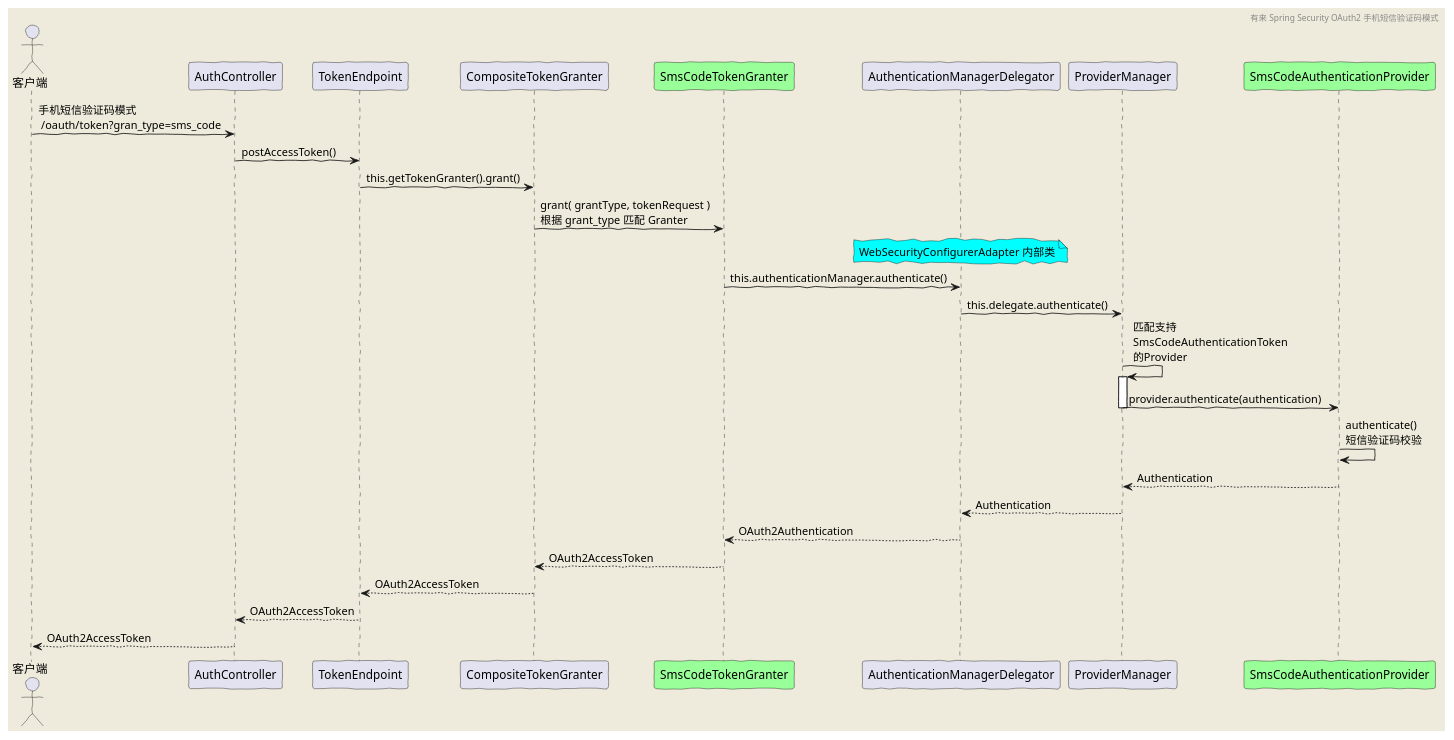
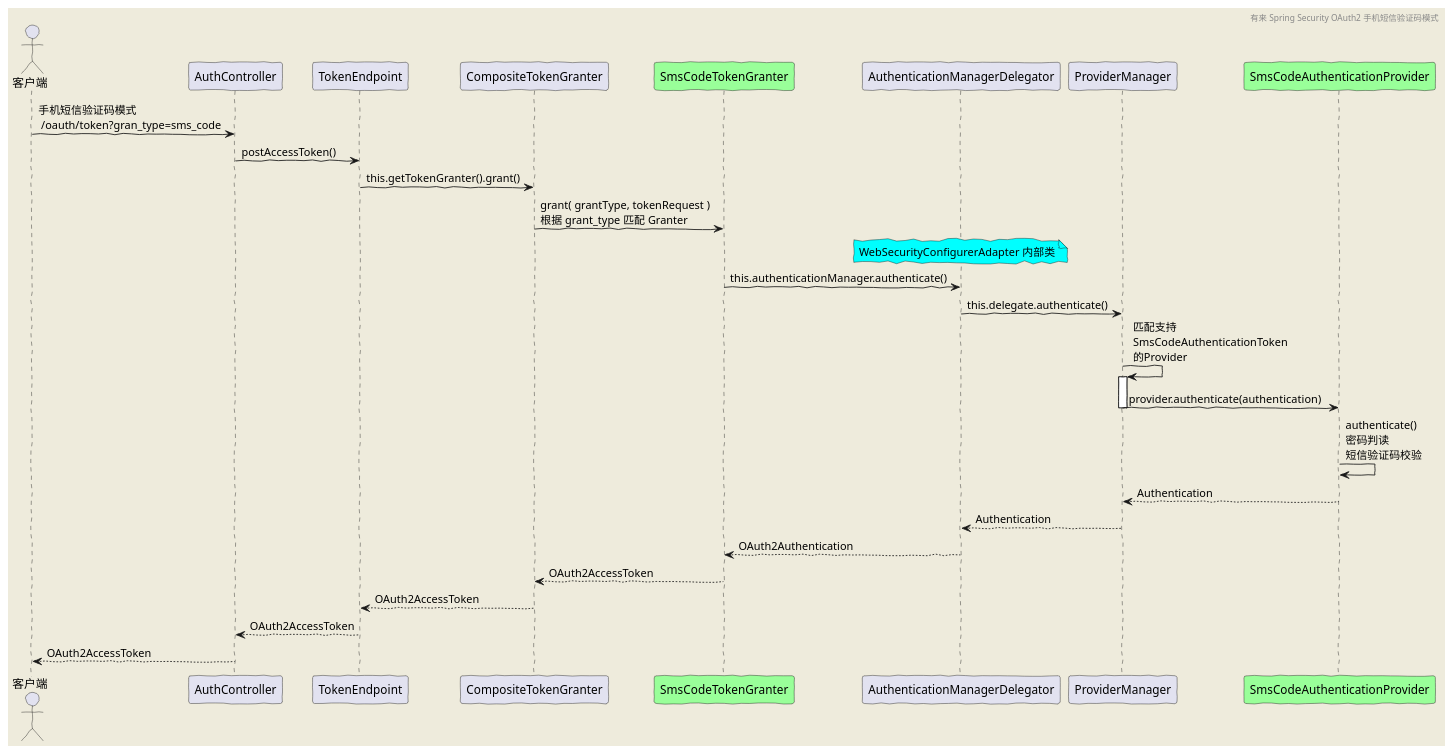
The diagram in doc/diagram/oauth2/sms_code.puml (youlaitech/youlai-mall), drawn with PlantUML before and after one commit. The commit also changed 2 other files, not shown here.

Commit message:
refactor(diagram): 更新Spring Security OAuth2时序图

```diff
--- a/doc/diagram/oauth2/sms_code.puml
+++ b/doc/diagram/oauth2/sms_code.puml
@@ -2,36 +2,36 @@
 @startuml
 'https://plantuml.com/sequence-diagram
 skinparam backgroundColor #EEEBDC
 skinparam handwritten true
 
 header 有来 Spring Security OAuth2 手机短信验证码模式
 
 actor 客户端
 
 
 客户端 -> AuthController: 手机短信验证码模式 \n /oauth/token?gran_type=sms_code
 AuthController -> TokenEndpoint: postAccessToken()
 TokenEndpoint -> CompositeTokenGranter: this.getTokenGranter().grant()
 participant SmsCodeTokenGranter #99FF99
 CompositeTokenGranter->SmsCodeTokenGranter: grant( grantType, tokenRequest )\n根据 grant_type 匹配 Granter
 note over of AuthenticationManagerDelegator #aqua
 WebSecurityConfigurerAdapter 内部类
 end note
 SmsCodeTokenGranter-> AuthenticationManagerDelegator:this.authenticationManager.authenticate()
 AuthenticationManagerDelegator -> ProviderManager: this.delegate.authenticate()
 ProviderManager -> ProviderManager: 匹配支持\nSmsCodeAuthenticationToken\n的Provider
 
 activate ProviderManager
 participant SmsCodeAuthenticationProvider #99FF99
 ProviderManager -> SmsCodeAuthenticationProvider: provider.authenticate(authentication)
 deactivate ProviderManager
 
-SmsCodeAuthenticationProvider -> SmsCodeAuthenticationProvider:authenticate()\n短信验证码校验
+SmsCodeAuthenticationProvider -> SmsCodeAuthenticationProvider:authenticate()\n密码判读\n短信验证码校验
 ProviderManager <-- SmsCodeAuthenticationProvider: Authentication
 AuthenticationManagerDelegator <-- ProviderManager: Authentication
 SmsCodeTokenGranter <-- AuthenticationManagerDelegator: OAuth2Authentication
 CompositeTokenGranter <-- SmsCodeTokenGranter: OAuth2AccessToken
 TokenEndpoint <-- CompositeTokenGranter:OAuth2AccessToken
 AuthController <-- TokenEndpoint:OAuth2AccessToken
 客户端 <-- AuthController: OAuth2AccessToken
 @enduml
```
